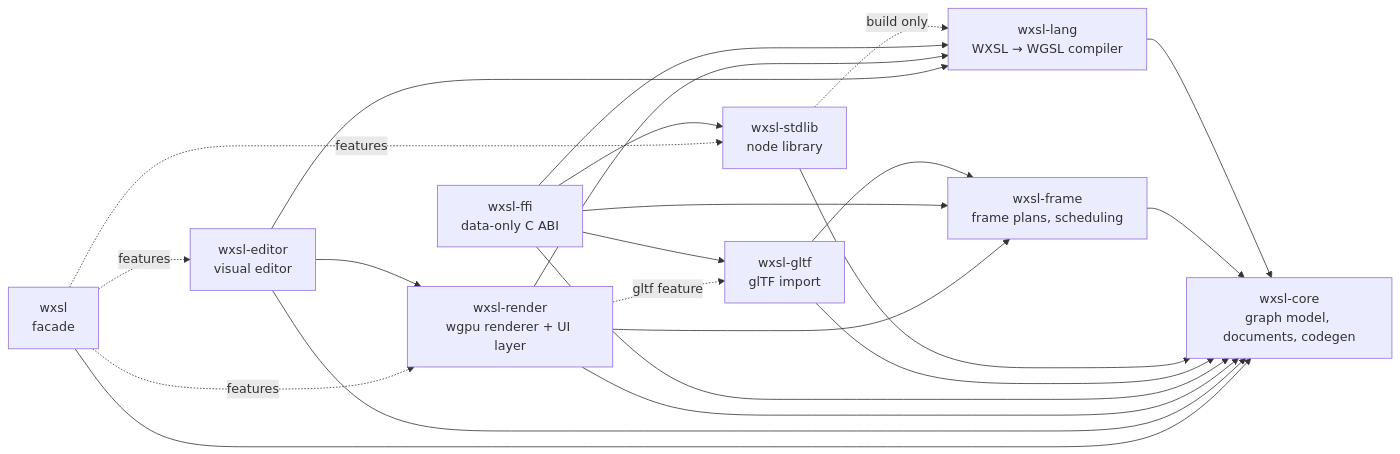
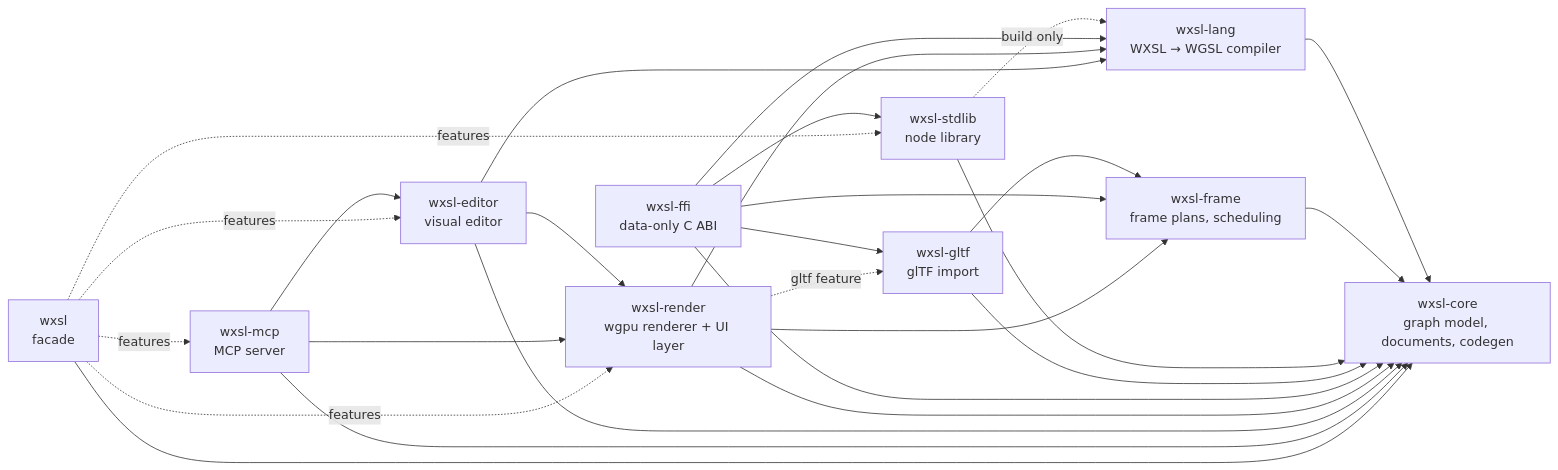
One commit to lapiequichante/wesloom changed the diagram in docs/architecture.md. Above: the diagram before and after it, drawn with Mermaid. The commit also changed other lines of this file and 32 other files, not shown here.

Commit message:
feat: plan6 M1, an MCP server over the editor's commands

````diff
--- a/docs/architecture.md
+++ b/docs/architecture.md
@@ -20,24 +20,26 @@
 ```mermaid
 graph LR
     core["wxsl-core<br/>graph model, documents, codegen"]
     lang["wxsl-lang<br/>WXSL → WGSL compiler"]
     frame["wxsl-frame<br/>frame plans, scheduling"]
     ffi["wxsl-ffi<br/>data-only C ABI"]
     stdlib["wxsl-stdlib<br/>node library"]
     gltf["wxsl-gltf<br/>glTF import"]
     render["wxsl-render<br/>wgpu renderer + UI layer"]
     editor["wxsl-editor<br/>visual editor"]
+    mcp["wxsl-mcp<br/>MCP server"]
     facade["wxsl<br/>facade"]
 
     lang --> core
     frame --> core
     stdlib --> core
     stdlib -. "build only" .-> lang
     gltf --> core & frame
     ffi --> core & frame & lang & stdlib & gltf
     render --> core & frame & lang
     render -. "gltf feature" .-> gltf
     editor --> core & render & lang
+    mcp --> core & editor & render
     facade --> core
-    facade -. features .-> render & editor & stdlib
+    facade -. features .-> render & editor & stdlib & mcp
 ```
````
